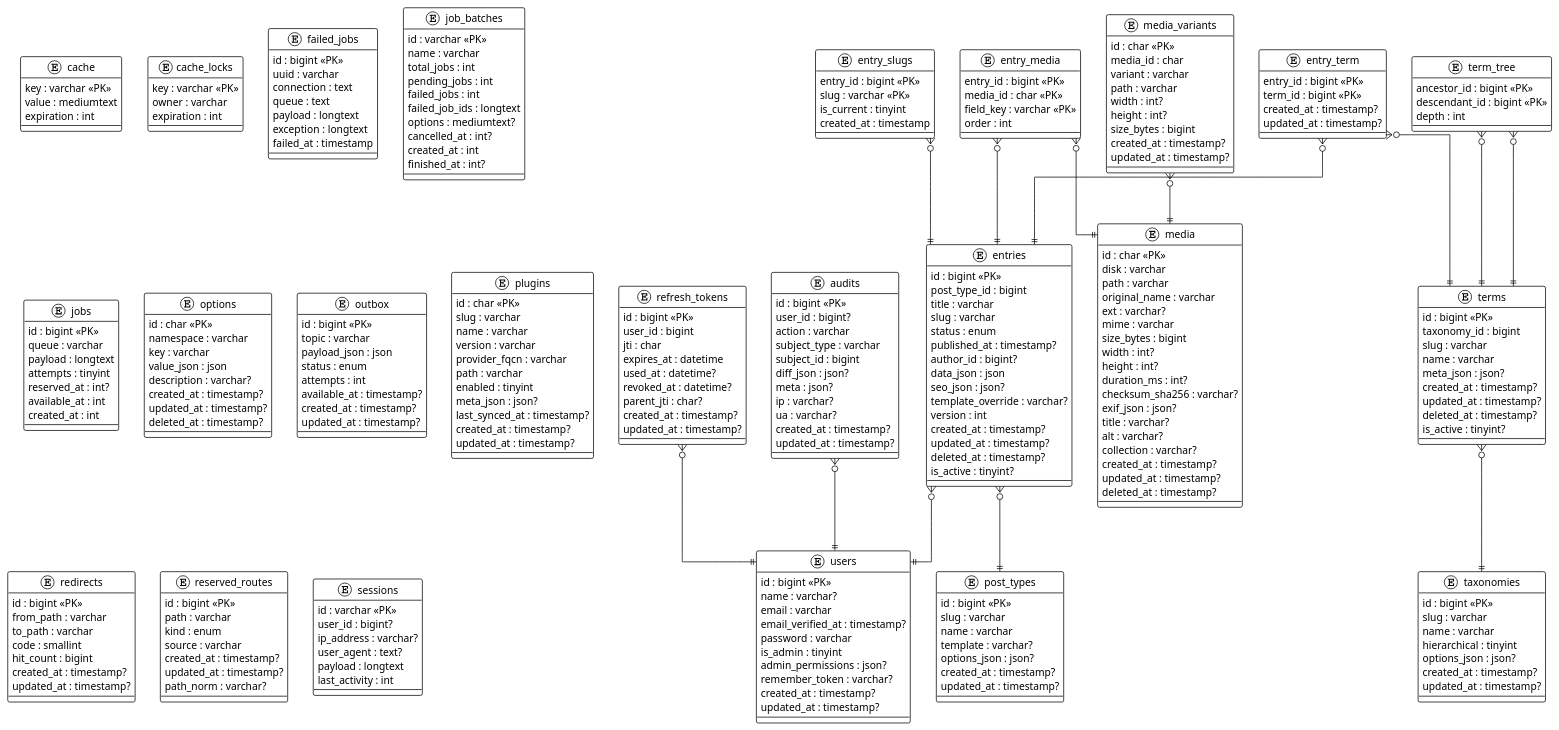
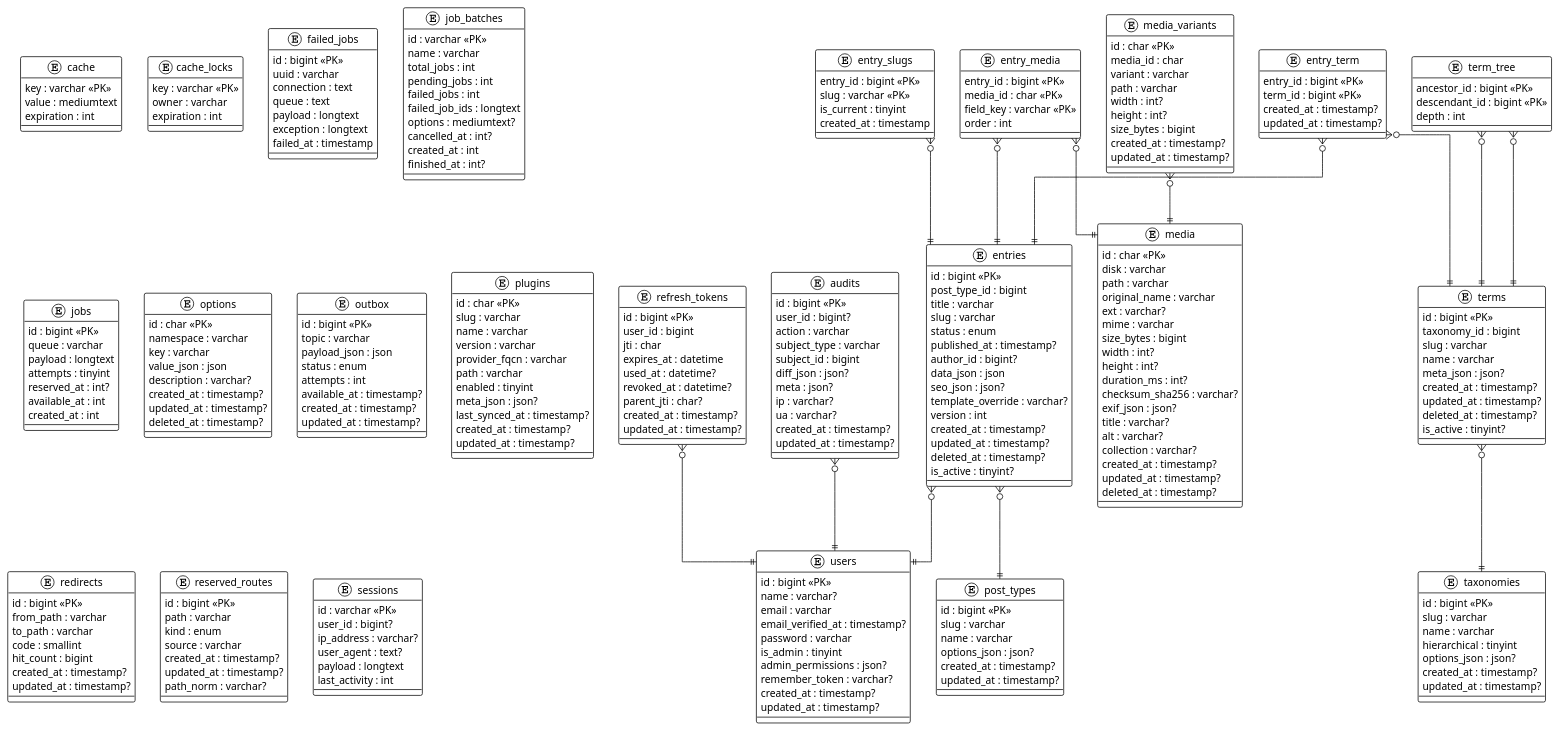
The diagram in docs/_generated/erd.puml (g00seberry/stupidCms), drawn with PlantUML before and after one commit. The commit also changed 15 other files, not shown here.

```diff
--- a/docs/_generated/erd.puml
+++ b/docs/_generated/erd.puml
@@ -173,7 +173,6 @@
   id : bigint <<PK>>
   slug : varchar
   name : varchar
-  template : varchar?
   options_json : json?
   created_at : timestamp?
   updated_at : timestamp?
```
